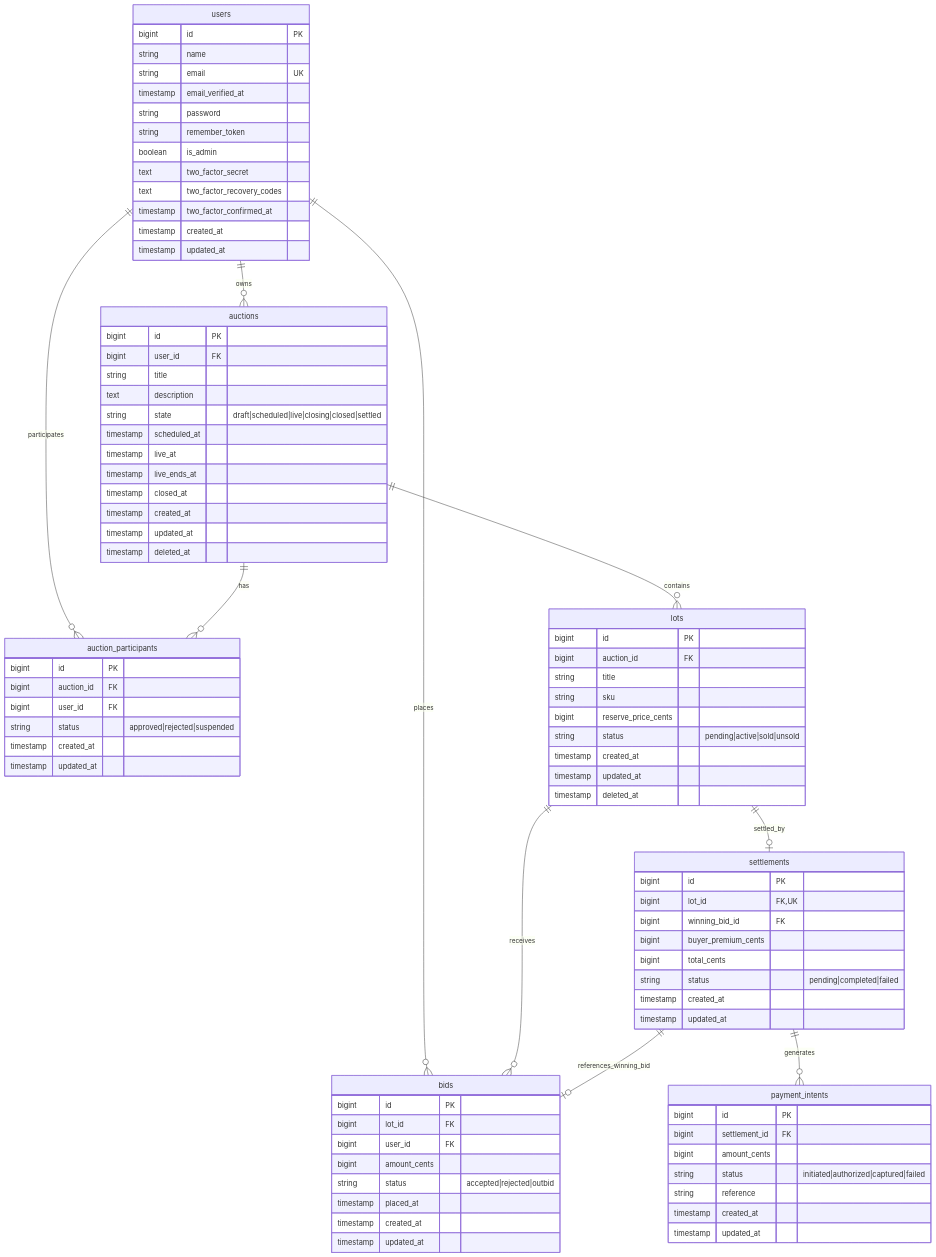
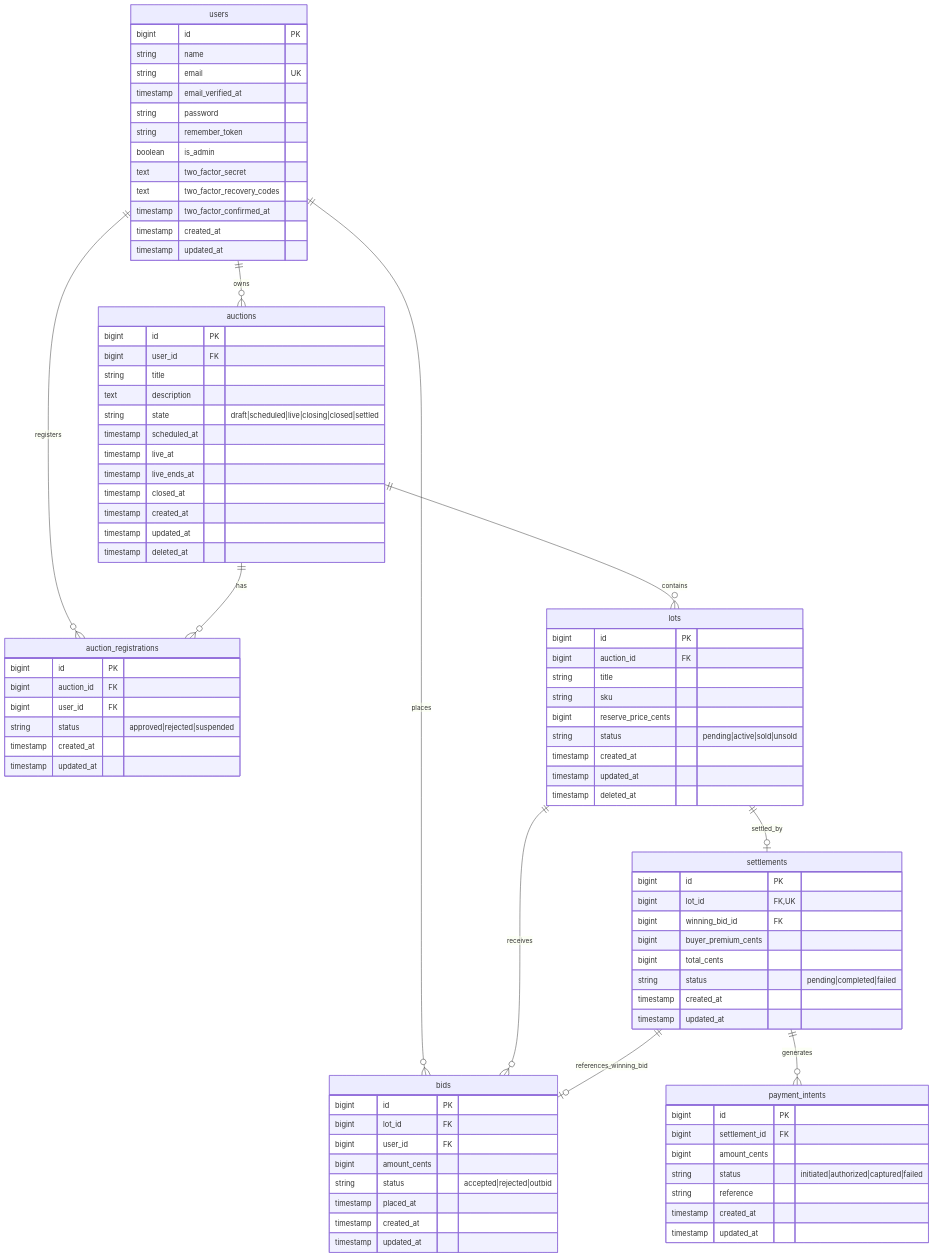
One commit to danielh-official/auctic-demo changed the diagram in docs/ER-DIAGRAM.md. Above: the diagram before and after it, drawn with Mermaid. The commit also changed other lines of this file and 18 other files, not shown here.

````diff
--- a/docs/ER-DIAGRAM.md
+++ b/docs/ER-DIAGRAM.md
@@ -11,7 +11,7 @@
 ```mermaid
 erDiagram
     users ||--o{ bids : "places"
-    users ||--o{ auction_participants : "participates"
+    users ||--o{ auction_registrations : "registers"
     users ||--o{ auctions : "owns"
     users {
         bigint id PK
@@ -29,7 +29,7 @@
     }
 
     auctions ||--o{ lots : "contains"
-    auctions ||--o{ auction_participants : "has"
+    auctions ||--o{ auction_registrations : "has"
     auctions {
         bigint id PK
         bigint user_id FK
@@ -70,7 +70,7 @@
         timestamp updated_at
     }
 
-    auction_participants {
+    auction_registrations {
         bigint id PK
         bigint auction_id FK
         bigint user_id FK
````
